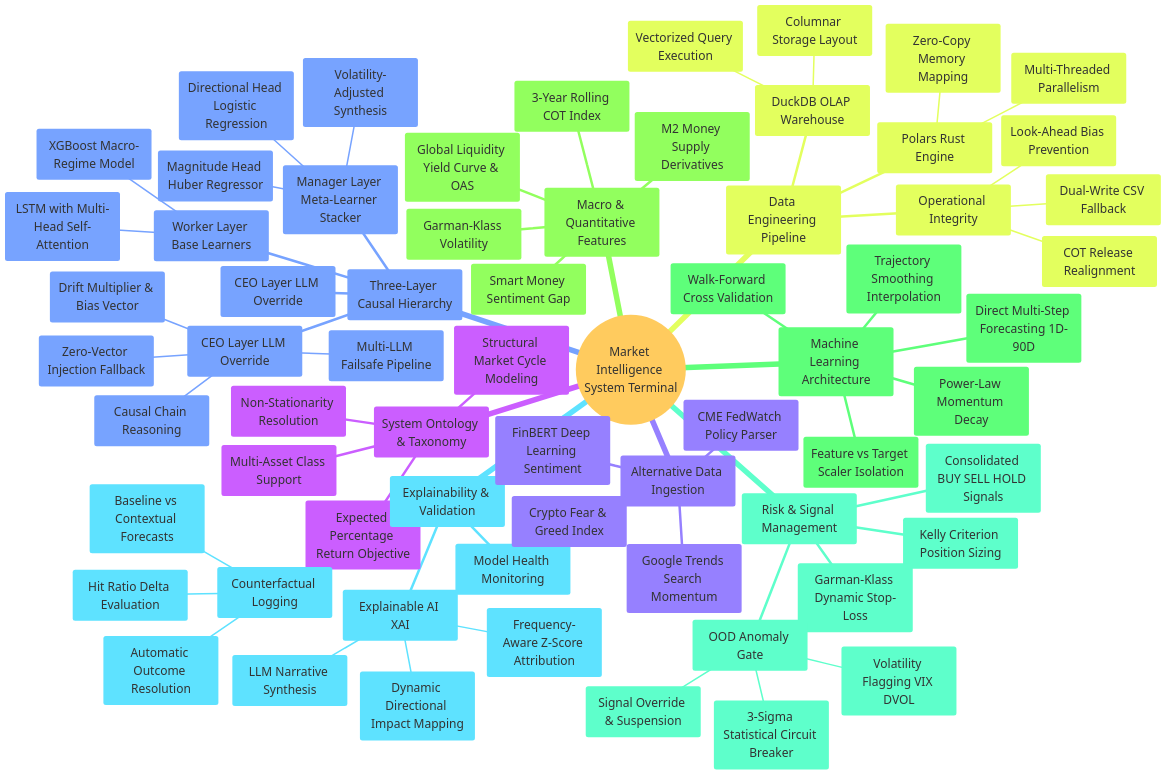
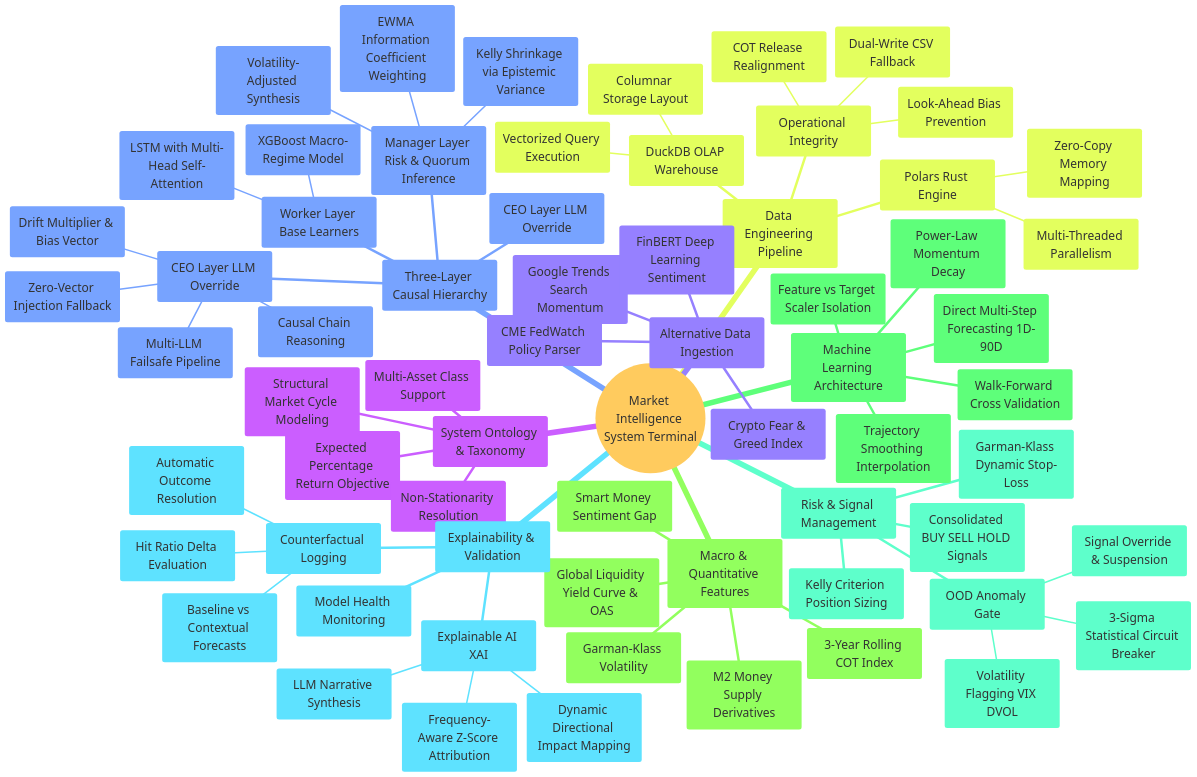
Before and after one commit to ken968/Market-Intelligence: the diagram in README.md, drawn with Mermaid. The commit also changed other lines of this file and 1 other file, not shown here.

Commit message:
docs: update README and add Phase 7 architecture documentation

````diff
--- a/README.md
+++ b/README.md
@@ -80,70 +80,70 @@
 ```mermaid
 %%{init: {'theme': 'base', 'themeVariables': { 'fontSize': '24px'}}}%%
 mindmap
   root((Market Intelligence System Terminal))
     ("System Ontology & Taxonomy")
       ("Multi-Asset Class Support")
       ("Expected Percentage Return Objective")
       ("Structural Market Cycle Modeling")
       ("Non-Stationarity Resolution")
     ("Three-Layer Causal Hierarchy")
       ("Worker Layer Base Learners")
         ("LSTM with Multi-Head Self-Attention")
         ("XGBoost Macro-Regime Model")
-      ("Manager Layer Meta-Learner Stacker")
-        ("Directional Head Logistic Regression")
-        ("Magnitude Head Huber Regressor")
+      ("Manager Layer Risk & Quorum Inference")
+        ("EWMA Information Coefficient Weighting")
+        ("Kelly Shrinkage via Epistemic Variance")
         ("Volatility-Adjusted Synthesis")
       ("CEO Layer LLM Override")
       ("CEO Layer LLM Override")
         ("Multi-LLM Failsafe Pipeline")
         ("Causal Chain Reasoning")
         ("Drift Multiplier & Bias Vector")
         ("Zero-Vector Injection Fallback")
     ("Data Engineering Pipeline")
       ("DuckDB OLAP Warehouse")
         ("Columnar Storage Layout")
         ("Vectorized Query Execution")
       ("Polars Rust Engine")
         ("Zero-Copy Memory Mapping")
         ("Multi-Threaded Parallelism")
       ("Operational Integrity")
         ("Dual-Write CSV Fallback")
         ("Look-Ahead Bias Prevention")
         ("COT Release Realignment")
     ("Macro & Quantitative Features")
       ("Global Liquidity Yield Curve & OAS")
       ("M2 Money Supply Derivatives")
       ("3-Year Rolling COT Index")
       ("Smart Money Sentiment Gap")
       ("Garman-Klass Volatility")
     ("Machine Learning Architecture")
       ("Direct Multi-Step Forecasting 1D-90D")
       ("Walk-Forward Cross Validation")
       ("Feature vs Target Scaler Isolation")
       ("Trajectory Smoothing Interpolation")
       ("Power-Law Momentum Decay")
     ("Risk & Signal Management")
       ("Consolidated BUY SELL HOLD Signals")
       ("Kelly Criterion Position Sizing")
       ("Garman-Klass Dynamic Stop-Loss")
       ("OOD Anomaly Gate")
         ("3-Sigma Statistical Circuit Breaker")
         ("Signal Override & Suspension")
         ("Volatility Flagging VIX DVOL")
     ("Explainability & Validation")
       ("Explainable AI XAI")
         ("Frequency-Aware Z-Score Attribution")
         ("Dynamic Directional Impact Mapping")
         ("LLM Narrative Synthesis")
       ("Counterfactual Logging")
         ("Baseline vs Contextual Forecasts")
         ("Automatic Outcome Resolution")
         ("Hit Ratio Delta Evaluation")
       ("Model Health Monitoring")
     ("Alternative Data Ingestion")
       ("Crypto Fear & Greed Index")
       ("Google Trends Search Momentum")
       ("CME FedWatch Policy Parser")
       ("FinBERT Deep Learning Sentiment")
 ```
````
